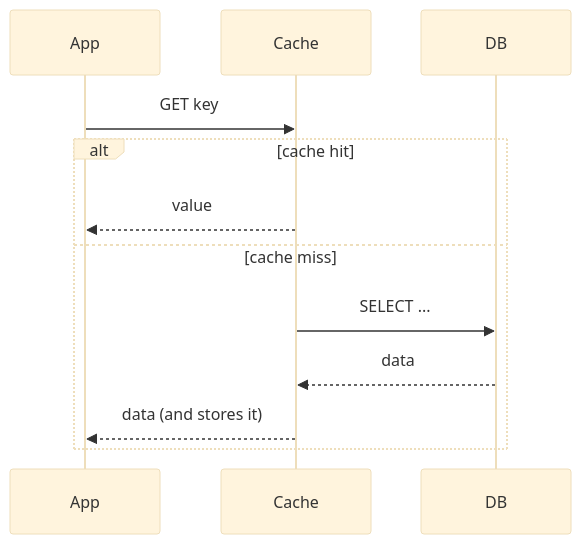
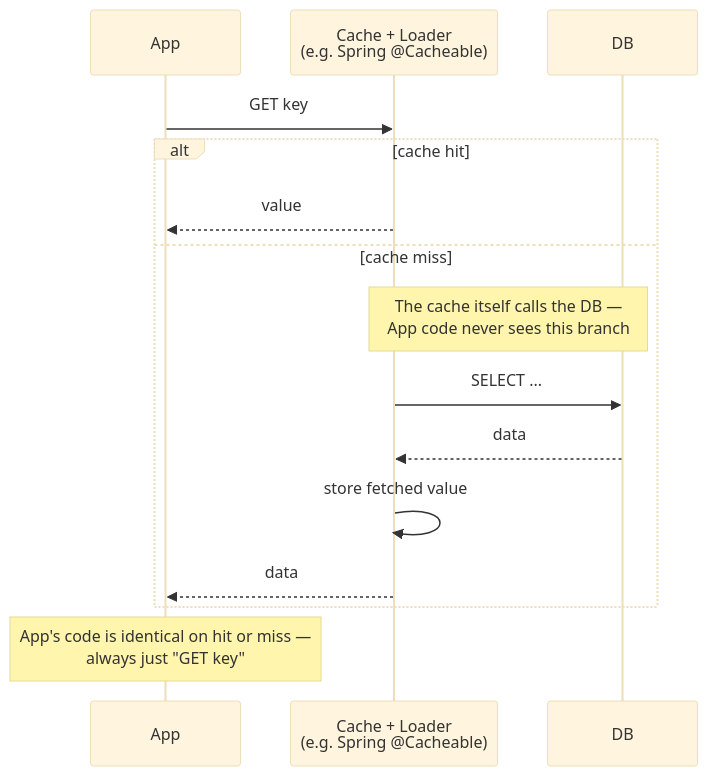
Before and after one commit to deepanshu-rawat6/DevOpsIndex: the fifth of 8 diagrams in databases/caching.md, drawn with Mermaid (base theme). The commit also changed other lines of this file and 7 other files, not shown here.

````diff
--- a/databases/caching.md
+++ b/databases/caching.md
@@ -139,15 +208,18 @@
 ```mermaid
 sequenceDiagram
     participant App
-    participant Cache
+    participant Cache as Cache + Loader<br/>(e.g. Spring @Cacheable)
     participant DB
 
     App->>Cache: GET key
     alt cache hit
         Cache-->>App: value
     else cache miss
+        Note over Cache,DB: The cache itself calls the DB —<br/>App code never sees this branch
         Cache->>DB: SELECT ...
         DB-->>Cache: data
-        Cache-->>App: data (and stores it)
+        Cache->>Cache: store fetched value
+        Cache-->>App: data
     end
+    Note over App: App's code is identical on hit or miss —<br/>always just "GET key"
 ```
````
